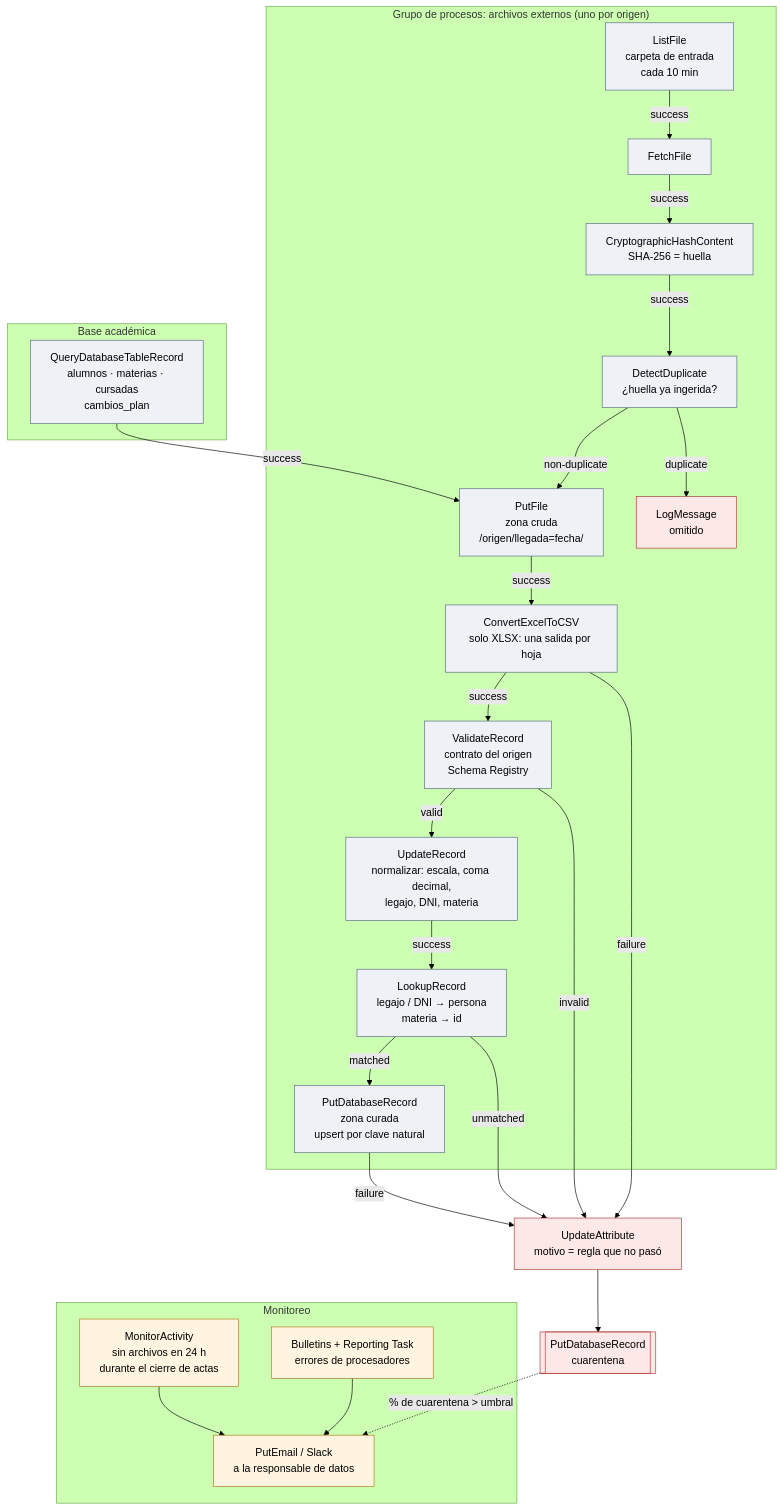
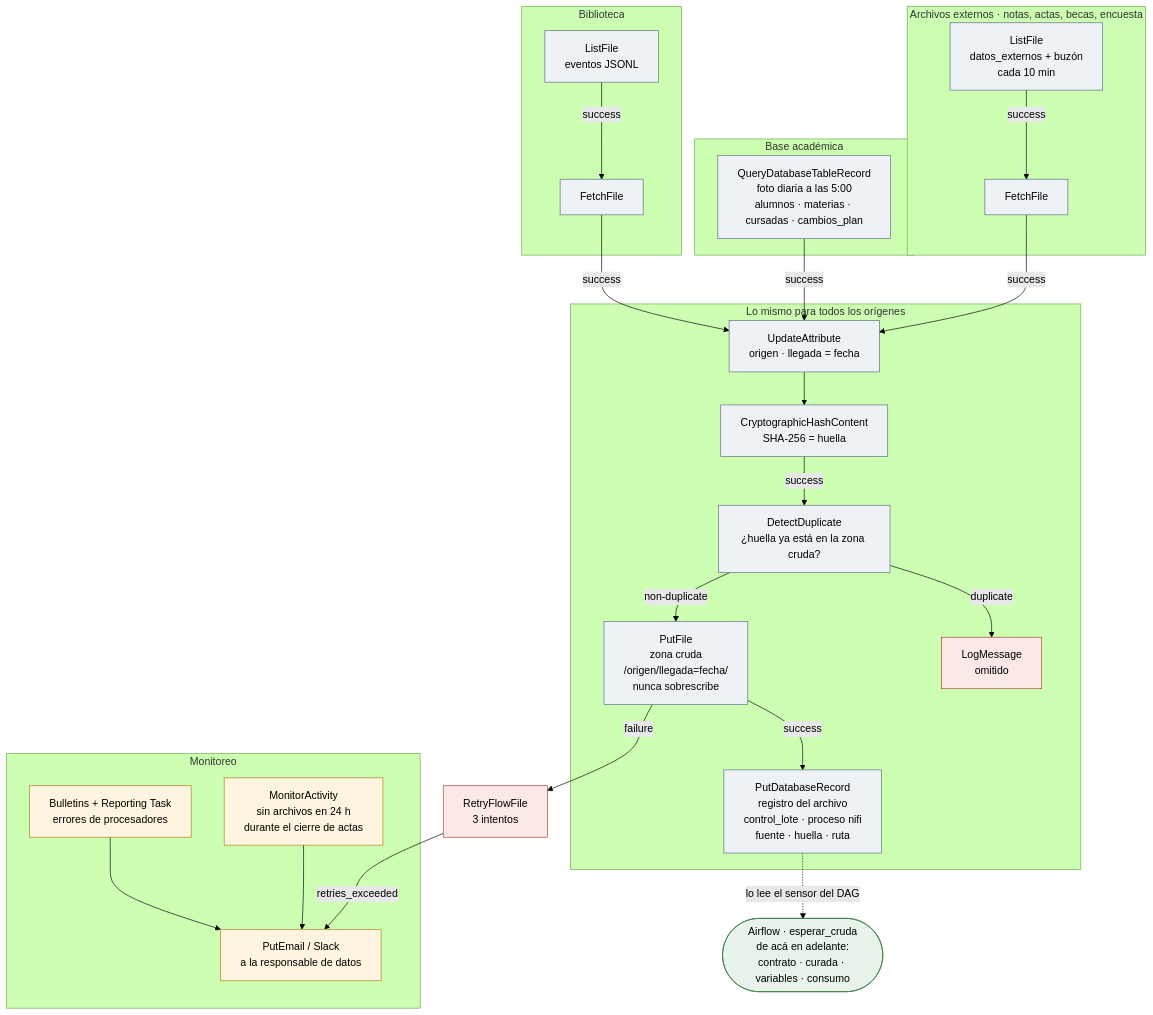
One commit to raschmatias/dh_arca changed the diagram in Data Engineer/06_uniandina/img/nifi.mmd. Above: the diagram before and after it, drawn with Mermaid (forest theme). The commit also changed 6 other files, not shown here.

First line of the commit message:
UniAndina: NiFi a la zona cruda y Airflow orquesta curada, variables y consumo

```diff
--- a/Data Engineer/06_uniandina/img/nifi.mmd
+++ b/Data Engineer/06_uniandina/img/nifi.mmd
@@ -1,39 +1,46 @@
 flowchart TB
-  subgraph G1["Grupo de procesos: archivos externos (uno por origen)"]
-    L["ListFile<br/>carpeta de entrada<br/>cada 10 min"] -->|success| F["FetchFile"]
-    F -->|success| H["CryptographicHashContent<br/>SHA-256 = huella"]
-    H -->|success| D["DetectDuplicate<br/>¿huella ya ingerida?"]
-    D -->|non-duplicate| R["PutFile<br/>zona cruda<br/>/origen/llegada=fecha/"]
-    D -->|duplicate| X1["LogMessage<br/>omitido"]
-    R -->|success| XL["ConvertExcelToCSV<br/>solo XLSX: una salida por hoja"]
-    XL -->|success| V["ValidateRecord<br/>contrato del origen<br/>Schema Registry"]
-    V -->|valid| U["UpdateRecord<br/>normalizar: escala, coma decimal,<br/>legajo, DNI, materia"]
-    U -->|success| LK["LookupRecord<br/>legajo / DNI → persona<br/>materia → id"]
-    LK -->|matched| P["PutDatabaseRecord<br/>zona curada<br/>upsert por clave natural"]
+  subgraph G1["Archivos externos · notas, actas, becas, encuesta"]
+    L["ListFile<br/>datos_externos + buzón<br/>cada 10 min"] -->|success| F["FetchFile"]
   end
 
   subgraph G2["Base académica"]
-    Q["QueryDatabaseTableRecord<br/>alumnos · materias · cursadas<br/>cambios_plan"] -->|success| R
+    Q["QueryDatabaseTableRecord<br/>foto diaria a las 5:00<br/>alumnos · materias · cursadas · cambios_plan"]
   end
 
-  V -->|invalid| CQ["UpdateAttribute<br/>motivo = regla que no pasó"]
-  LK -->|unmatched| CQ
-  XL -->|failure| CQ
-  P -->|failure| CQ
-  CQ --> CP[["PutDatabaseRecord<br/>cuarentena"]]
+  subgraph G3["Biblioteca"]
+    LB["ListFile<br/>eventos JSONL"] -->|success| FB["FetchFile"]
+  end
+
+  F -->|success| UA
+  Q -->|success| UA
+  FB -->|success| UA
+
+  subgraph C["Lo mismo para todos los orígenes"]
+    UA["UpdateAttribute<br/>origen · llegada = fecha"] --> H["CryptographicHashContent<br/>SHA-256 = huella"]
+    H -->|success| D["DetectDuplicate<br/>¿huella ya está en la zona cruda?"]
+    D -->|non-duplicate| P["PutFile<br/>zona cruda<br/>/origen/llegada=fecha/<br/>nunca sobrescribe"]
+    D -->|duplicate| X1["LogMessage<br/>omitido"]
+    P -->|success| R["PutDatabaseRecord<br/>registro del archivo<br/>control_lote · proceso nifi<br/>fuente · huella · ruta"]
+  end
+
+  P -->|failure| RT["RetryFlowFile<br/>3 intentos"]
+  RT -->|retries_exceeded| AL
+
+  R -.->|"lo lee el sensor del DAG"| AF(["Airflow · esperar_cruda<br/>de acá en adelante:<br/>contrato · curada · variables · consumo"])
 
   subgraph M["Monitoreo"]
     MA["MonitorActivity<br/>sin archivos en 24 h<br/>durante el cierre de actas"]
     BR["Bulletins + Reporting Task<br/>errores de procesadores"]
     AL["PutEmail / Slack<br/>a la responsable de datos"]
     MA --> AL
     BR --> AL
   end
-  CP -.->|"% de cuarentena > umbral"| AL
 
   classDef proc fill:#eef2f7,stroke:#5b6b80
   classDef err fill:#fde8e8,stroke:#b03a3a
   classDef mon fill:#fff4e0,stroke:#b07a1a
-  class L,F,H,D,R,XL,V,U,LK,P,Q proc
-  class CQ,CP,X1 err
+  classDef air fill:#e8f4ea,stroke:#3c7a4a
+  class L,F,Q,LB,FB,UA,H,D,P,R proc
+  class X1,RT err
   class MA,BR,AL mon
+  class AF air
```
